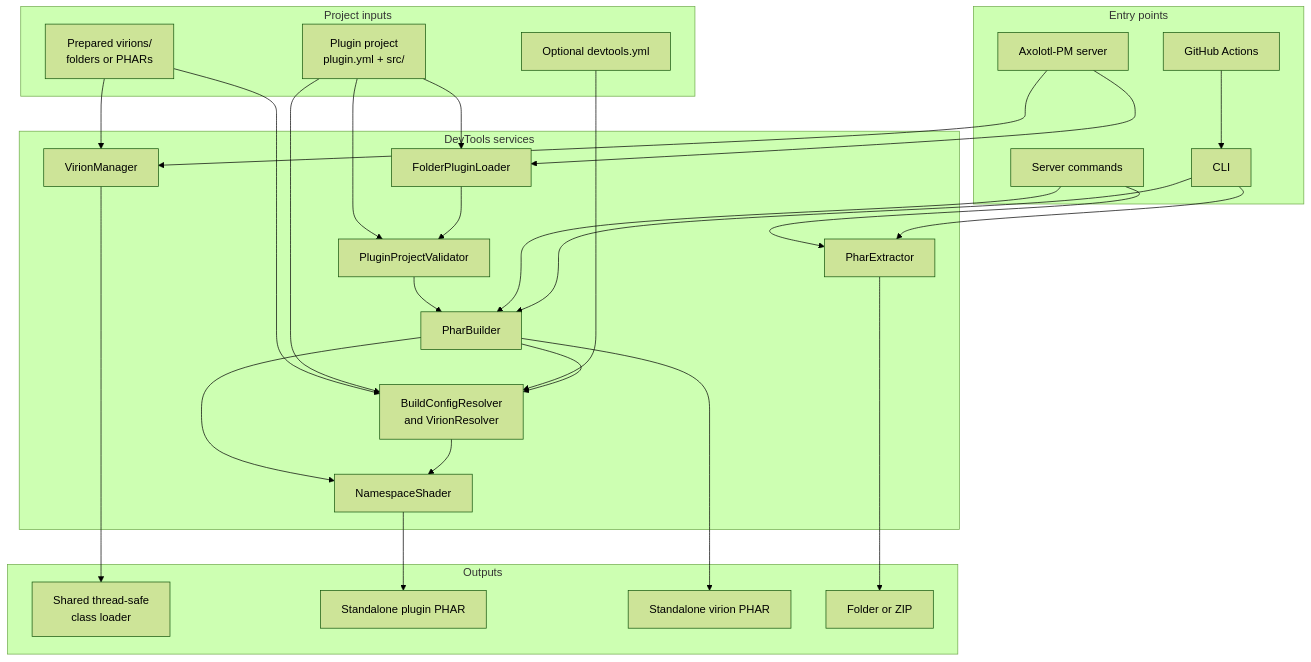
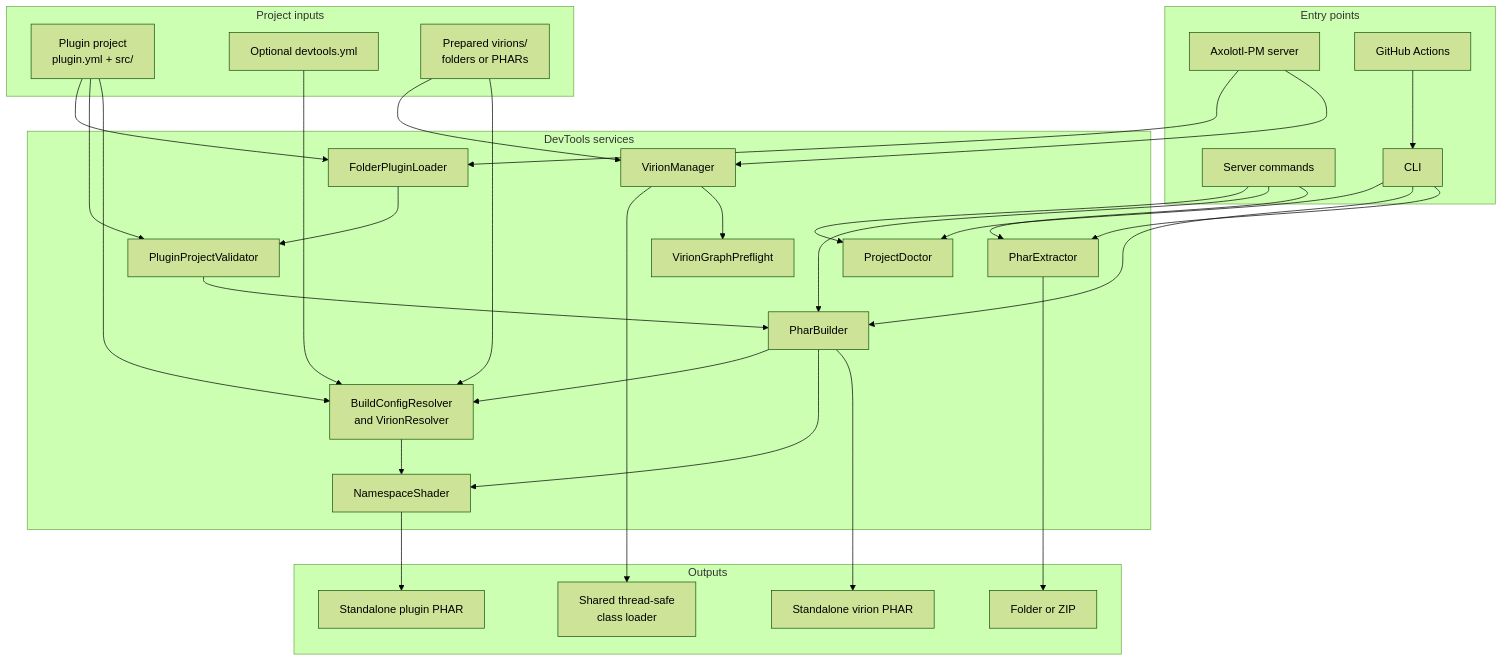
The diagram in ARCHITECTURE.md (AxolotlBucketLabs/DevTools), drawn with Mermaid (forest theme) before and after one commit. The commit also changed other lines of this file and 5 other files, not shown here.

````diff
--- a/ARCHITECTURE.md
+++ b/ARCHITECTURE.md
@@ -9,55 +9,60 @@
 ```mermaid
 flowchart TB
     subgraph Inputs["Project inputs"]
         Plugin["Plugin project<br/>plugin.yml + src/"]
         Config["Optional devtools.yml"]
         Virions["Prepared virions/<br/>folders or PHARs"]
     end
 
     subgraph EntryPoints["Entry points"]
         Server["Axolotl-PM server"]
         Commands["Server commands"]
         CLI["CLI"]
         Actions["GitHub Actions"]
     end
 
     subgraph DevTools["DevTools services"]
         Loader["FolderPluginLoader"]
         Validation["PluginProjectValidator"]
         Manager["VirionManager"]
+        Preflight["VirionGraphPreflight"]
+        Doctor["ProjectDoctor"]
         Resolver["BuildConfigResolver<br/>and VirionResolver"]
         Builder["PharBuilder"]
         Shader["NamespaceShader"]
         Extractor["PharExtractor"]
     end
 
     subgraph Outputs["Outputs"]
         ClassLoader["Shared thread-safe<br/>class loader"]
         PluginPhar["Standalone plugin PHAR"]
         VirionPhar["Standalone virion PHAR"]
         Extracted["Folder or ZIP"]
     end
 
     Server --> Loader
     Server --> Manager
     Plugin --> Loader
     Plugin --> Validation
     Loader --> Validation
     Validation --> Builder
     Virions --> Manager
     Virions --> Resolver
     Plugin --> Resolver
     Config --> Resolver
     Manager --> ClassLoader
+    Manager --> Preflight
+    Commands --> Doctor
+    CLI --> Doctor
     Commands --> Builder
     CLI --> Builder
     Actions --> CLI
     Builder --> Resolver
     Builder --> Shader
     Resolver --> Shader
     Shader --> PluginPhar
     Builder --> VirionPhar
     Commands --> Extractor
     CLI --> Extractor
     Extractor --> Extracted
 ```
````
